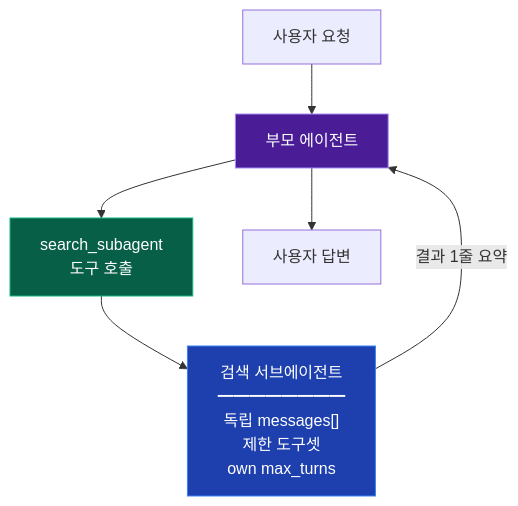
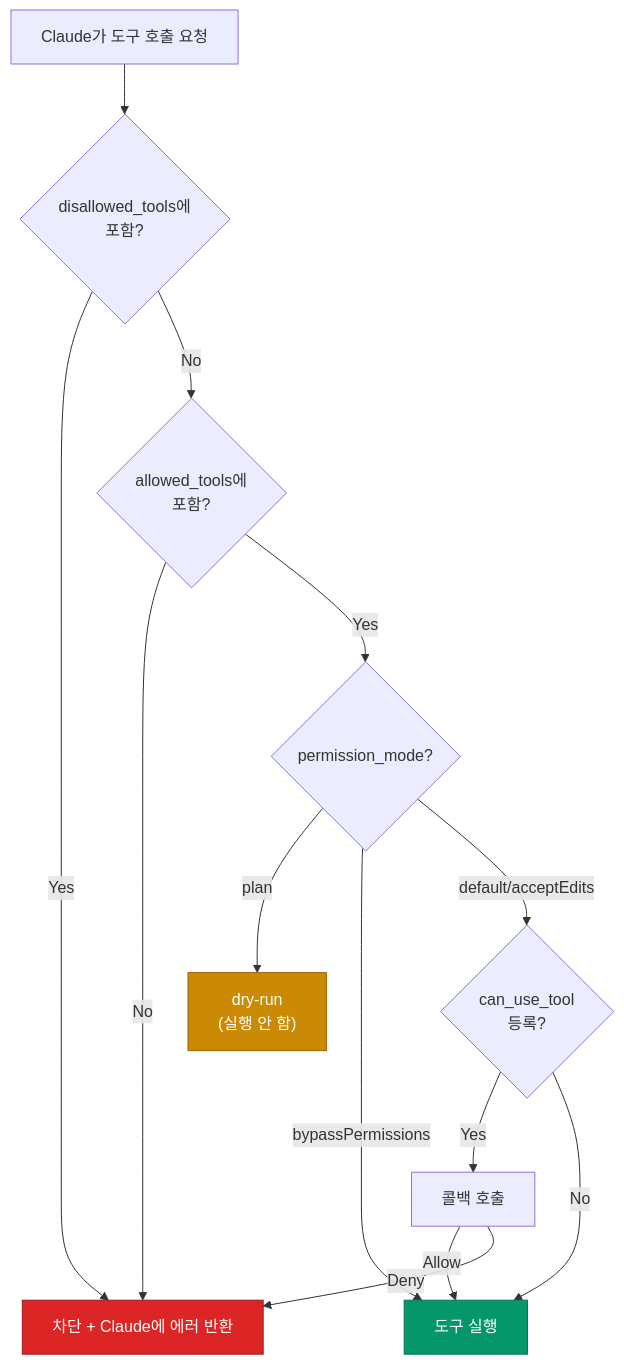
One commit to GYUTORY/YGSTUDY changed the second of 3 diagrams in Develop/AI/Claude/Claude_Agent.md. Above: the diagram before and after it, drawn with Mermaid. The commit also changed other lines of this file and 4 other files, not shown here.

````diff
--- a/Develop/AI/Claude/Claude_Agent.md
+++ b/Develop/AI/Claude/Claude_Agent.md
@@ -1645,12 +365,29 @@
 ```mermaid
 graph TB
-    USER["사용자 요청"] --> PARENT["부모 에이전트"]
-    PARENT --> ST["search_subagent<br/>도구 호출"]
-    ST --> CHILD["검색 서브에이전트<br/>━━━━━━━━<br/>독립 messages[]<br/>제한 도구셋<br/>own max_turns"]
-    CHILD -->|결과 1줄 요약| PARENT
-    PARENT --> RESULT["사용자 답변"]
+    START["Claude가 도구 호출 요청"]
+    AT{"allowed_tools에<br/>포함?"}
+    DT{"disallowed_tools에<br/>포함?"}
+    PM{"permission_mode?"}
+    CUT{"can_use_tool<br/>등록?"}
+    CALL["콜백 호출"]
+    EXEC["도구 실행"]
+    DENY["차단 + Claude에 에러 반환"]
+    PLAN["dry-run<br/>(실행 안 함)"]
 
-    style PARENT fill:#4a1d96,stroke:#a78bfa,color:#fff
-    style CHILD fill:#1e40af,stroke:#3b82f6,color:#fff
-    style ST fill:#065f46,stroke:#10b981,color:#fff
+    START --> DT
+    DT -->|Yes| DENY
+    DT -->|No| AT
+    AT -->|No| DENY
+    AT -->|Yes| PM
+    PM -->|plan| PLAN
+    PM -->|bypassPermissions| EXEC
+    PM -->|default/acceptEdits| CUT
+    CUT -->|Yes| CALL
+    CUT -->|No| EXEC
+    CALL -->|Allow| EXEC
+    CALL -->|Deny| DENY
+
+    style DENY fill:#dc2626,stroke:#991b1b,color:#fff
+    style EXEC fill:#059669,stroke:#047857,color:#fff
+    style PLAN fill:#ca8a04,stroke:#a16207,color:#fff
 ```
````
